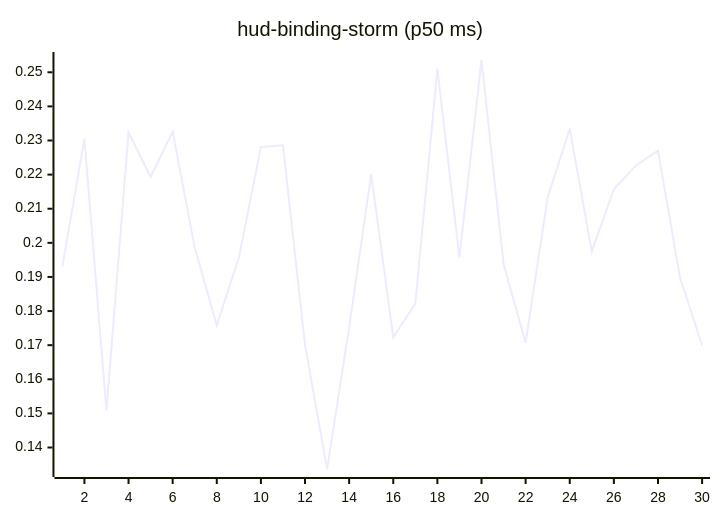
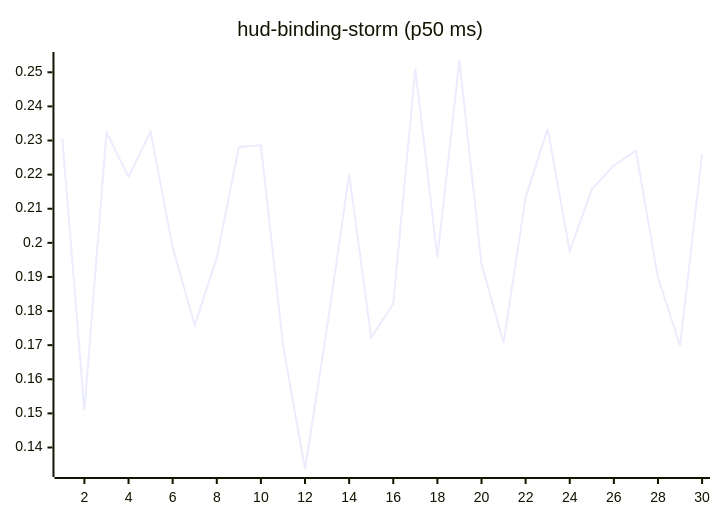
The tenth of 27 diagrams in README.md (josha/Facet), drawn with Mermaid before and after one commit. The commit also changed other lines of this file and 2 other files, not shown here.

````diff
--- a/README.md
+++ b/README.md
@@ -126,6 +126,6 @@
 ```mermaid
 xychart-beta
     title "hud-binding-storm (p50 ms)"
     x-axis 1 --> 30
-    line [0.1930, 0.2305, 0.1509, 0.2324, 0.2193, 0.2326, 0.1986, 0.1758, 0.1956, 0.2281, 0.2286, 0.1701, 0.1337, 0.1752, 0.2201, 0.1723, 0.1821, 0.2510, 0.1957, 0.2536, 0.1938, 0.1707, 0.2134, 0.2334, 0.1975, 0.2157, 0.2227, 0.2270, 0.1898, 0.1699]
+    line [0.2305, 0.1509, 0.2324, 0.2193, 0.2326, 0.1986, 0.1758, 0.1956, 0.2281, 0.2286, 0.1701, 0.1337, 0.1752, 0.2201, 0.1723, 0.1821, 0.2510, 0.1957, 0.2536, 0.1938, 0.1707, 0.2134, 0.2334, 0.1975, 0.2157, 0.2227, 0.2270, 0.1898, 0.1699, 0.2259]
 ```
````
